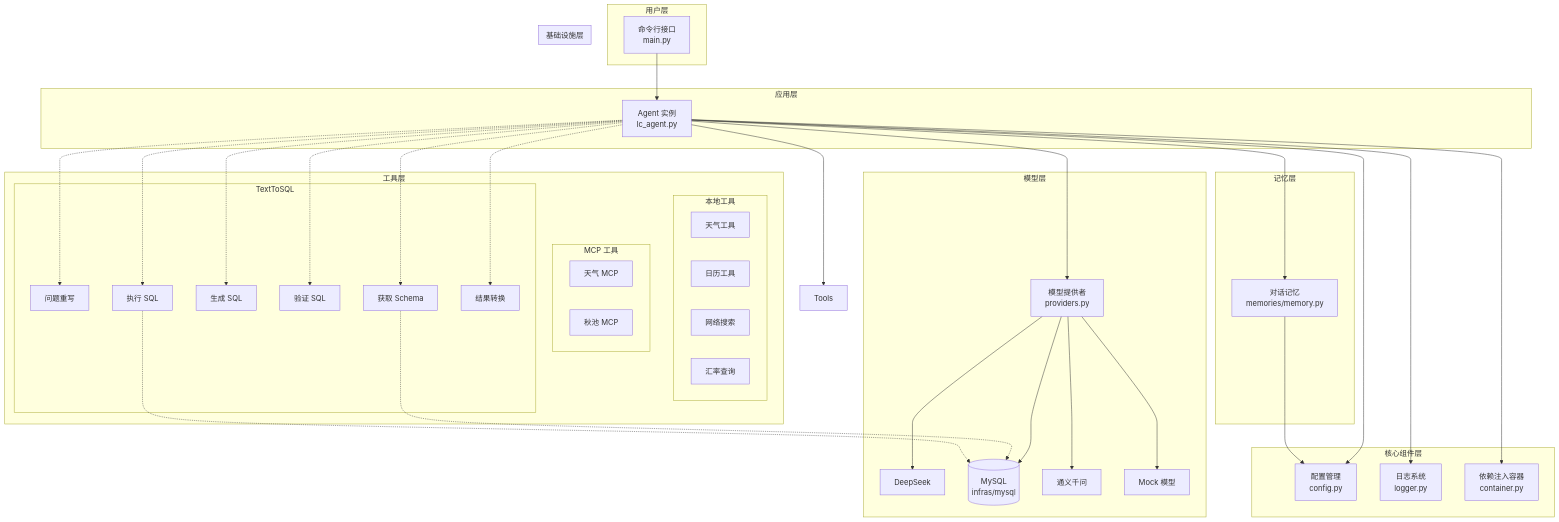
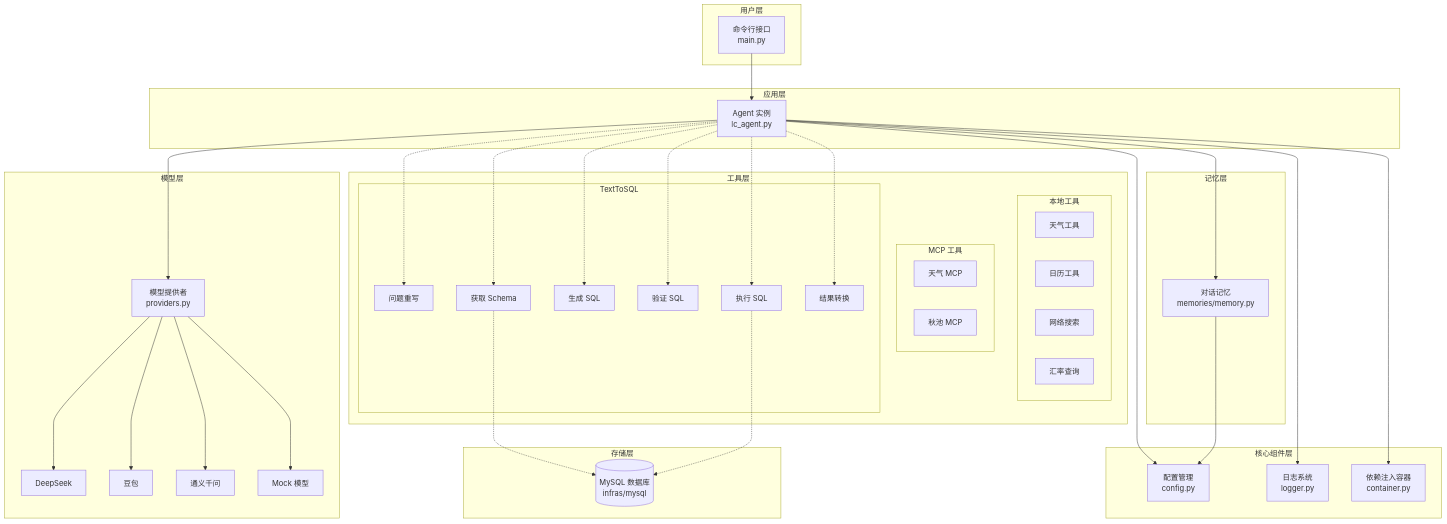
One commit to chain-engine/x-langchain changed the first of 3 diagrams in README.md. Above: the diagram before and after it, drawn with Mermaid. The commit also changed other lines of this file and 3 other files, not shown here.

````diff
--- a/README.md
+++ b/README.md
@@ -144,65 +140,64 @@
 ```mermaid
 graph TB
     subgraph 用户层
         CLI[命令行接口<br/>main.py]
     end
 
     subgraph 应用层
         AG[Agent 实例<br/>lc_agent.py]
     end
 
     subgraph 核心组件层
         CFG[配置管理<br/>config.py]
         LOG[日志系统<br/>logger.py]
         CTN[依赖注入容器<br/>container.py]
     end
 
     subgraph 记忆层
         MM[对话记忆<br/>memories/memory.py]
     end
 
     subgraph 模型层
         MF[模型提供者<br/>providers.py]
         DS[DeepSeek]
-        DB[豆包]
+        DJ[豆包]
         TY[通义千问]
         MK[Mock 模型]
     end
 
     subgraph 工具层
         subgraph 本地工具
             WT[天气工具]
             CT[日历工具]
             WS[网络搜索]
             ER[汇率查询]
         end
         subgraph MCP 工具
             WMCP[天气 MCP]
             QMCP[秋池 MCP]
         end
         subgraph TextToSQL
             QR[问题重写]
             GS[获取 Schema]
             SG[生成 SQL]
             VS[验证 SQL]
             ES[执行 SQL]
             CN[结果转换]
         end
     end
 
-    subgraph 基础设施层
-        DB[(MySQL<br/>infras/mysql)]
+    subgraph 存储层
+        DB[(MySQL 数据库<br/>infras/mysql)]
     end
 
     CLI --> AG
     AG --> MM
     AG --> MF
-    AG --> TT[Tools]
     AG --> CFG & LOG & CTN
     MM --> CFG
-    MF --> DS & DB & TY & MK
+    MF --> DS & DJ & TY & MK
 
     AG -.-> QR & GS & SG & VS & ES & CN
     GS -.-> DB
     ES -.-> DB
 ```
````
